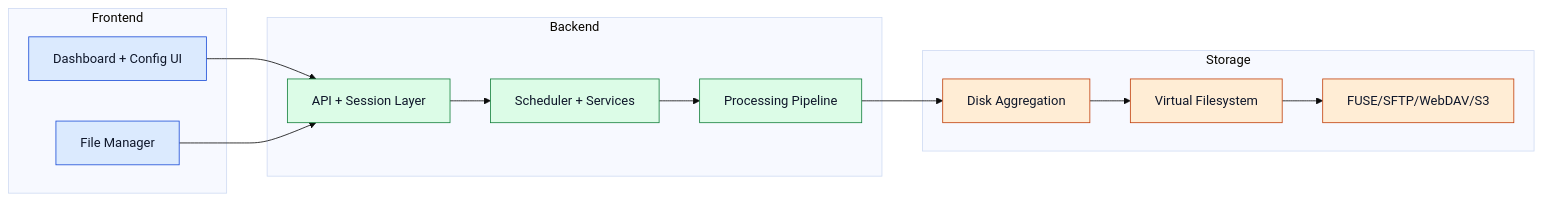
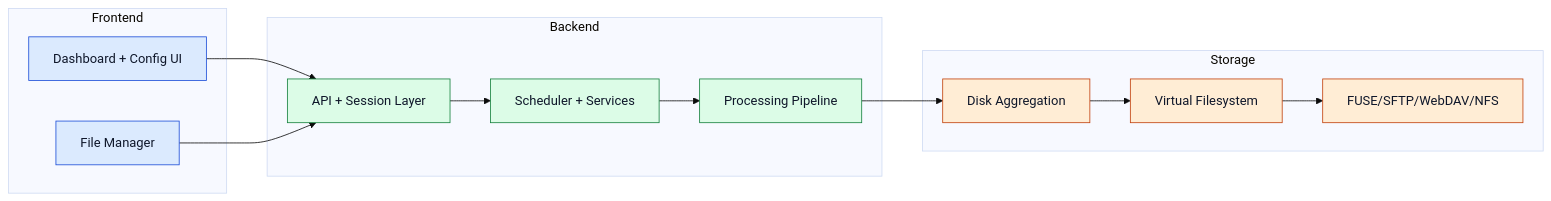
One commit to VulcanoSoftware/eindproject changed the diagram in docusaurus/docs/intro.md. Above: the diagram before and after it, drawn with Mermaid (base theme). The commit also changed other lines of this file and 9 other files, not shown here.

````diff
--- a/docusaurus/docs/intro.md
+++ b/docusaurus/docs/intro.md
@@ -13,31 +15,31 @@
 ```mermaid
 flowchart LR
   subgraph Frontend
     UI[Dashboard + Config UI]
     FM[File Manager]
   end
 
   subgraph Backend
     API[API + Session Layer]
     CORE[Scheduler + Services]
     PIPE[Processing Pipeline]
   end
 
   subgraph Storage
     AGG[Disk Aggregation]
     VFS[Virtual Filesystem]
-    ACCESS[FUSE/SFTP/WebDAV/S3]
+    ACCESS[FUSE/SFTP/WebDAV/NFS]
   end
 
   UI --> API
   FM --> API
   API --> CORE --> PIPE --> AGG --> VFS --> ACCESS
 
   classDef frontend fill:#dbeafe,stroke:#1d4ed8,color:#0f172a,stroke-width:1px;
   classDef backend fill:#dcfce7,stroke:#15803d,color:#0f172a,stroke-width:1px;
   classDef storage fill:#ffedd5,stroke:#c2410c,color:#0f172a,stroke-width:1px;
 
   class UI,FM frontend;
   class API,CORE,PIPE backend;
   class AGG,VFS,ACCESS storage;
 ```
````
